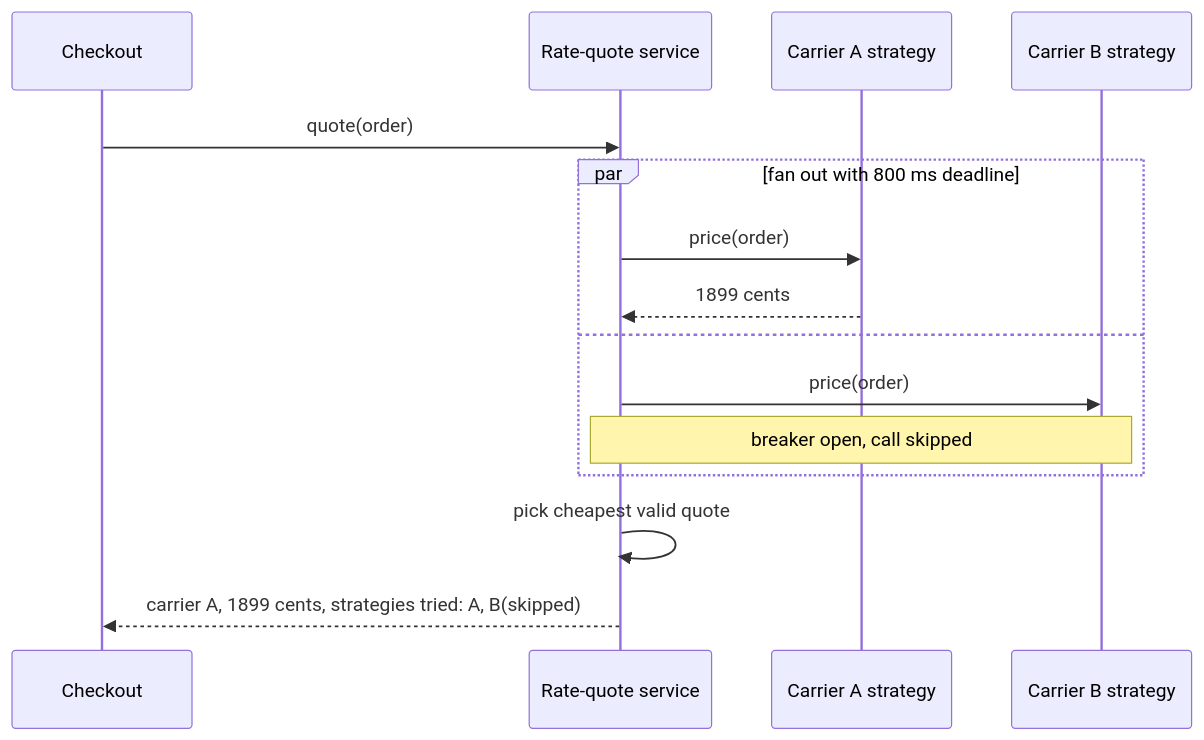
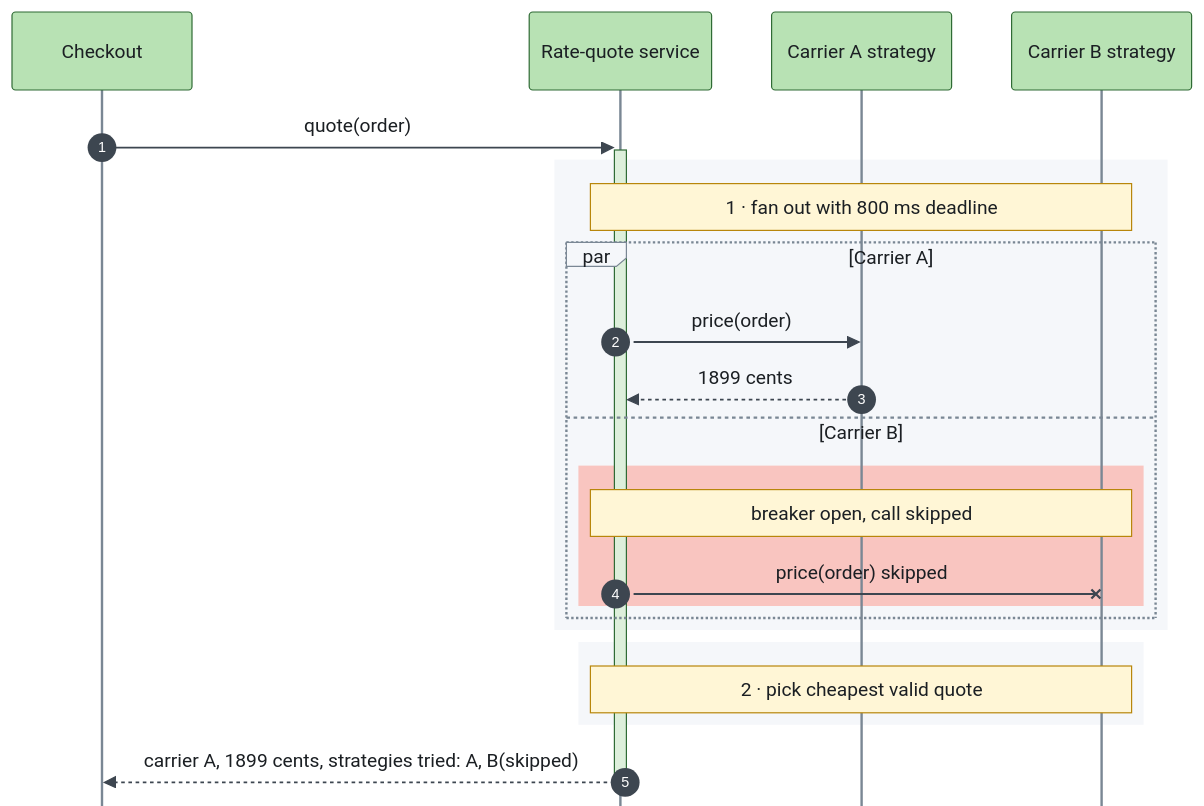
Before and after one commit to enok/design-pattern-strategy: the diagram in docs/diagrams/arch-quote-service.mmd, drawn with Mermaid. The commit also changed 33 other files, not shown here.

First line of the commit message:
docs: restyle diagrams, add code-by-component page (#2)

```diff
--- a/docs/diagrams/arch-quote-service.mmd
+++ b/docs/diagrams/arch-quote-service.mmd
@@ -1,15 +1,24 @@
+%%{init: {"theme": "base", "themeVariables": {"fontFamily": "Arial, Helvetica, sans-serif", "fontSize": "20px", "background": "#FFFFFF", "primaryColor": "#FFFFFF", "primaryBorderColor": "#1B1F23", "primaryTextColor": "#1B1F23", "secondaryColor": "#FDDCB5", "tertiaryColor": "#F5F7FA", "lineColor": "#3D4650", "textColor": "#1B1F23", "mainBkg": "#FFFFFF", "nodeBorder": "#1B1F23", "clusterBkg": "#F5F7FA", "clusterBorder": "#9AA5B1", "edgeLabelBackground": "#FFFFFF", "noteBkgColor": "#FFF6D6", "noteBorderColor": "#B8860B", "noteTextColor": "#1B1F23", "actorBkg": "#B8E2B4", "actorBorder": "#2F6B35", "actorTextColor": "#1B1F23", "actorLineColor": "#7A8794", "signalColor": "#3D4650", "signalTextColor": "#1B1F23", "labelBoxBkgColor": "#F5F7FA", "labelBoxBorderColor": "#7A8794", "labelTextColor": "#1B1F23", "loopTextColor": "#1B1F23", "activationBkgColor": "#DDEFDB", "activationBorderColor": "#2F6B35", "sequenceNumberColor": "#FFFFFF", "classText": "#1B1F23"}, "flowchart": {"curve": "linear", "nodeSpacing": 50, "rankSpacing": 60, "padding": 16, "htmlLabels": false}, "sequence": {"actorMargin": 50, "messageMargin": 38, "boxMargin": 10, "noteMargin": 10, "mirrorActors": false, "useMaxWidth": false}, "class": {"padding": 12, "htmlLabels": false}, "fontFamily": "Arial, Helvetica, sans-serif"}}%%
 sequenceDiagram
+    autonumber
     participant C as Checkout
     participant Q as Rate-quote service
     participant A as Carrier A strategy
     participant B as Carrier B strategy
-    C->>Q: quote(order)
-    par fan out with 800 ms deadline
-        Q->>A: price(order)
-        A-->>Q: 1899 cents
-    and
-        Q->>B: price(order)
-        Note over Q,B: breaker open, call skipped
+    C->>+Q: quote(order)
+    rect rgb(245,247,250)
+        Note over Q,B: 1 · fan out with 800 ms deadline
+        par Carrier A
+            Q->>A: price(order)
+            A-->>Q: 1899 cents
+        and Carrier B
+            rect rgb(249,197,192)
+                Note over Q,B: breaker open, call skipped
+                Q-xB: price(order) skipped
+            end
+        end
     end
-    Q->>Q: pick cheapest valid quote
-    Q-->>C: carrier A, 1899 cents, strategies tried: A, B(skipped)
+    rect rgb(245,247,250)
+        Note over Q,B: 2 · pick cheapest valid quote
+    end
+    Q-->>-C: carrier A, 1899 cents, strategies tried: A, B(skipped)
```
